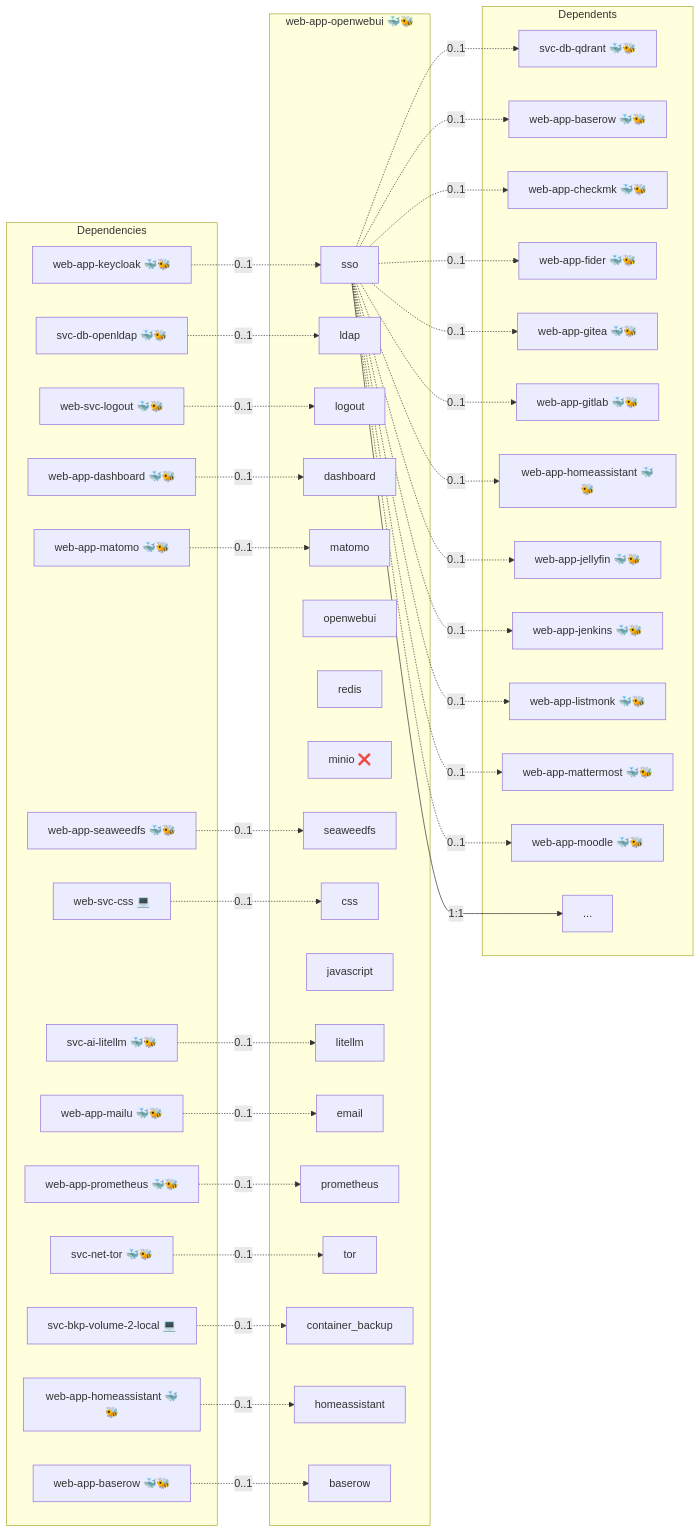
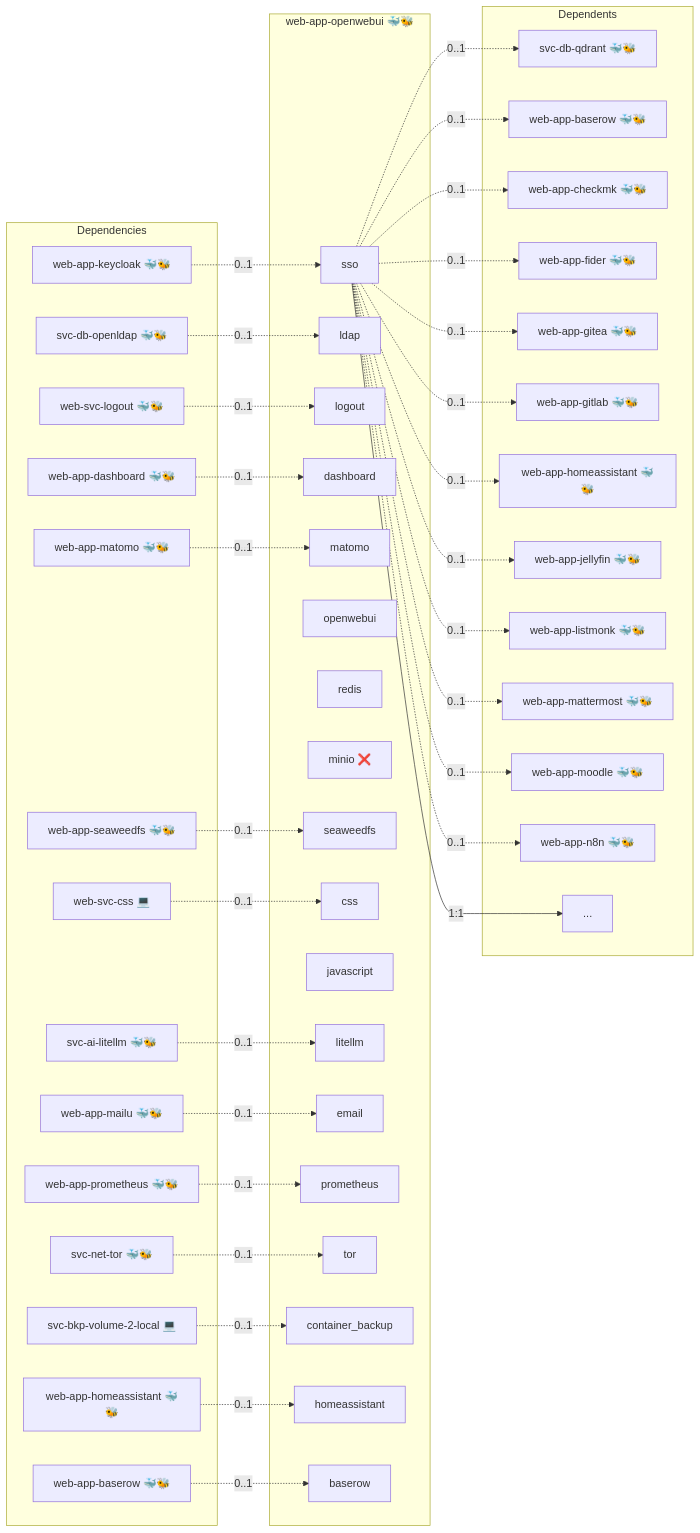
One commit to infinito-nexus/core changed the diagram in roles/web-app-openwebui/README.md. Above: the diagram before and after it, drawn with Mermaid. The commit also changed 66 other files, not shown here.

````diff
--- a/roles/web-app-openwebui/README.md
+++ b/roles/web-app-openwebui/README.md
@@ -15,81 +15,81 @@
 ```mermaid
 flowchart LR
     subgraph deps [Dependencies]
         dep_svc_ai_litellm["svc-ai-litellm 🐳🐝"]
         dep_svc_bkp_volume_2_local["svc-bkp-volume-2-local 💻"]
         dep_svc_db_openldap["svc-db-openldap 🐳🐝"]
         dep_svc_net_tor["svc-net-tor 🐳🐝"]
         dep_web_app_baserow["web-app-baserow 🐳🐝"]
         dep_web_app_dashboard["web-app-dashboard 🐳🐝"]
         dep_web_app_homeassistant["web-app-homeassistant 🐳🐝"]
         dep_web_app_keycloak["web-app-keycloak 🐳🐝"]
         dep_web_app_mailu["web-app-mailu 🐳🐝"]
         dep_web_app_matomo["web-app-matomo 🐳🐝"]
         dep_web_app_prometheus["web-app-prometheus 🐳🐝"]
         dep_web_app_seaweedfs["web-app-seaweedfs 🐳🐝"]
         dep_web_svc_css["web-svc-css 💻"]
         dep_web_svc_logout["web-svc-logout 🐳🐝"]
     end
     subgraph role [web-app-openwebui 🐳🐝]
         svc_sso["sso"]
         svc_ldap["ldap"]
         svc_logout["logout"]
         svc_dashboard["dashboard"]
         svc_matomo["matomo"]
         svc_openwebui["openwebui"]
         svc_redis["redis"]
         svc_minio["minio ❌"]
         svc_seaweedfs["seaweedfs"]
         svc_css["css"]
         svc_javascript["javascript"]
         svc_litellm["litellm"]
         svc_email["email"]
         svc_prometheus["prometheus"]
         svc_tor["tor"]
         svc_container_backup["container_backup"]
         svc_homeassistant["homeassistant"]
         svc_baserow["baserow"]
     end
     subgraph dependents [Dependents]
         dpt_svc_db_qdrant["svc-db-qdrant 🐳🐝"]
         dpt_web_app_baserow["web-app-baserow 🐳🐝"]
         dpt_web_app_checkmk["web-app-checkmk 🐳🐝"]
         dpt_web_app_fider["web-app-fider 🐳🐝"]
         dpt_web_app_gitea["web-app-gitea 🐳🐝"]
         dpt_web_app_gitlab["web-app-gitlab 🐳🐝"]
         dpt_web_app_homeassistant["web-app-homeassistant 🐳🐝"]
         dpt_web_app_jellyfin["web-app-jellyfin 🐳🐝"]
-        dpt_web_app_jenkins["web-app-jenkins 🐳🐝"]
         dpt_web_app_listmonk["web-app-listmonk 🐳🐝"]
         dpt_web_app_mattermost["web-app-mattermost 🐳🐝"]
         dpt_web_app_moodle["web-app-moodle 🐳🐝"]
+        dpt_web_app_n8n["web-app-n8n 🐳🐝"]
         dpt_more["..."]
     end
     dep_svc_ai_litellm -. "0..1" .-> svc_litellm
     dep_svc_bkp_volume_2_local -. "0..1" .-> svc_container_backup
     dep_svc_db_openldap -. "0..1" .-> svc_ldap
     dep_svc_net_tor -. "0..1" .-> svc_tor
     dep_web_app_baserow -. "0..1" .-> svc_baserow
     dep_web_app_dashboard -. "0..1" .-> svc_dashboard
     dep_web_app_homeassistant -. "0..1" .-> svc_homeassistant
     dep_web_app_keycloak -. "0..1" .-> svc_sso
     dep_web_app_mailu -. "0..1" .-> svc_email
     dep_web_app_matomo -. "0..1" .-> svc_matomo
     dep_web_app_prometheus -. "0..1" .-> svc_prometheus
     dep_web_app_seaweedfs -. "0..1" .-> svc_seaweedfs
     dep_web_svc_css -. "0..1" .-> svc_css
     dep_web_svc_logout -. "0..1" .-> svc_logout
     svc_sso -- "1:1" --> dpt_more
     svc_sso -. "0..1" .-> dpt_svc_db_qdrant
     svc_sso -. "0..1" .-> dpt_web_app_baserow
     svc_sso -. "0..1" .-> dpt_web_app_checkmk
     svc_sso -. "0..1" .-> dpt_web_app_fider
     svc_sso -. "0..1" .-> dpt_web_app_gitea
     svc_sso -. "0..1" .-> dpt_web_app_gitlab
     svc_sso -. "0..1" .-> dpt_web_app_homeassistant
     svc_sso -. "0..1" .-> dpt_web_app_jellyfin
-    svc_sso -. "0..1" .-> dpt_web_app_jenkins
     svc_sso -. "0..1" .-> dpt_web_app_listmonk
     svc_sso -. "0..1" .-> dpt_web_app_mattermost
     svc_sso -. "0..1" .-> dpt_web_app_moodle
+    svc_sso -. "0..1" .-> dpt_web_app_n8n
 ```
````
